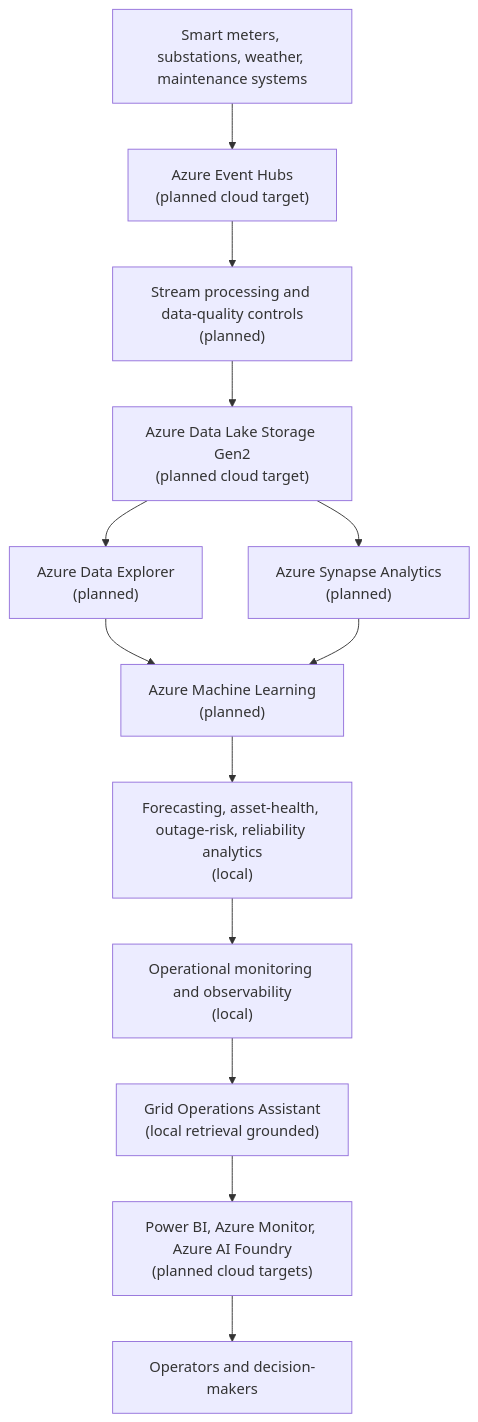
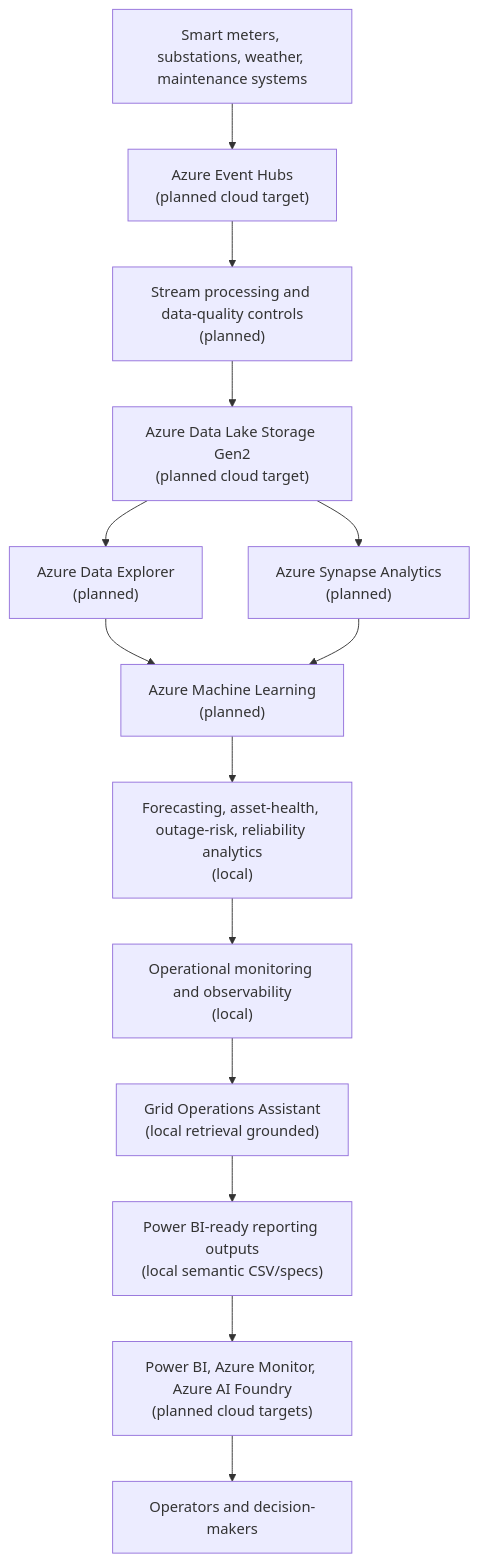
The diagram in diagrams/high-level-platform-architecture.mmd (Ibraheemolasupogit/azure-grid-reliability-intelligence-platform), drawn with Mermaid before and after one commit. The commit also changed 50 other files, not shown here.

Commit message:
Add Power BI-ready reporting semantic layer

```diff
--- a/diagrams/high-level-platform-architecture.mmd
+++ b/diagrams/high-level-platform-architecture.mmd
@@ -1,20 +1,21 @@
 flowchart TD
     sources["Smart meters, substations, weather, maintenance systems"]
     event_hubs["Azure Event Hubs<br/>(planned cloud target)"]
     stream["Stream processing and data-quality controls<br/>(planned)"]
     lake["Azure Data Lake Storage Gen2<br/>(planned cloud target)"]
     adx["Azure Data Explorer<br/>(planned)"]
     synapse["Azure Synapse Analytics<br/>(planned)"]
     aml["Azure Machine Learning<br/>(planned)"]
     intelligence["Forecasting, asset-health, outage-risk, reliability analytics<br/>(local)"]
     monitoring["Operational monitoring and observability<br/>(local)"]
     assistant["Grid Operations Assistant<br/>(local retrieval grounded)"]
+    reporting["Power BI-ready reporting outputs<br/>(local semantic CSV/specs)"]
     operations["Power BI, Azure Monitor, Azure AI Foundry<br/>(planned cloud targets)"]
     users["Operators and decision-makers"]
 
     sources --> event_hubs --> stream --> lake
     lake --> adx
     lake --> synapse
     adx --> aml
     synapse --> aml
-    aml --> intelligence --> monitoring --> assistant --> operations --> users
+    aml --> intelligence --> monitoring --> assistant --> reporting --> operations --> users
```
